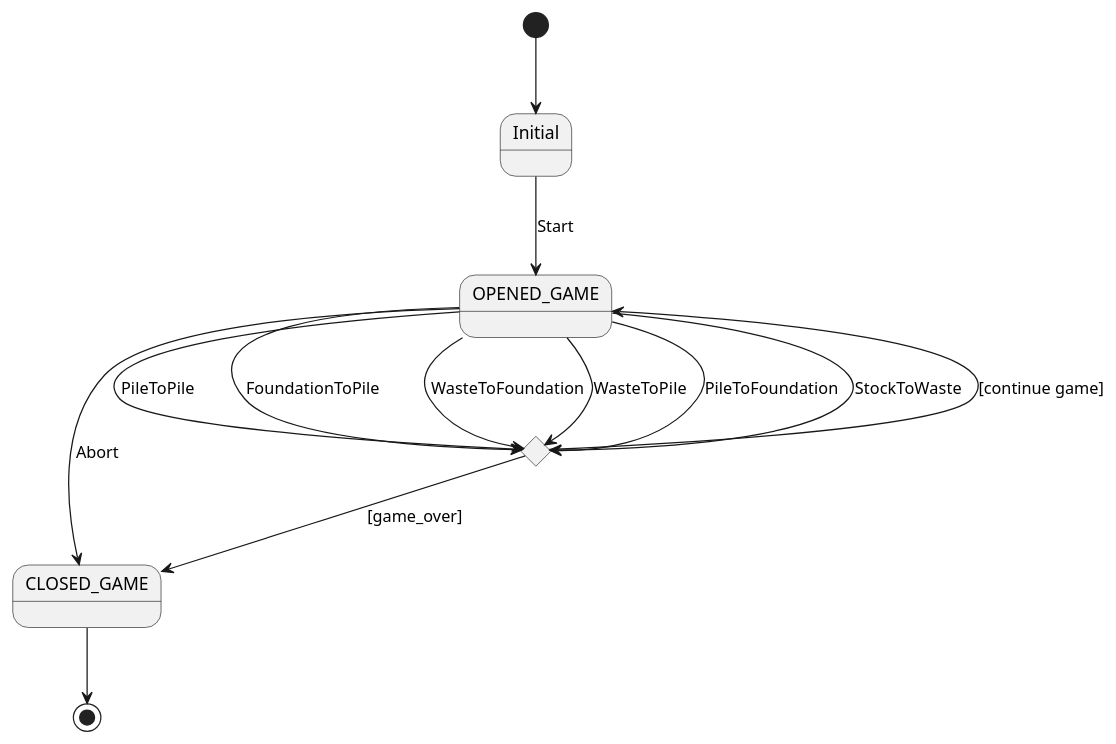
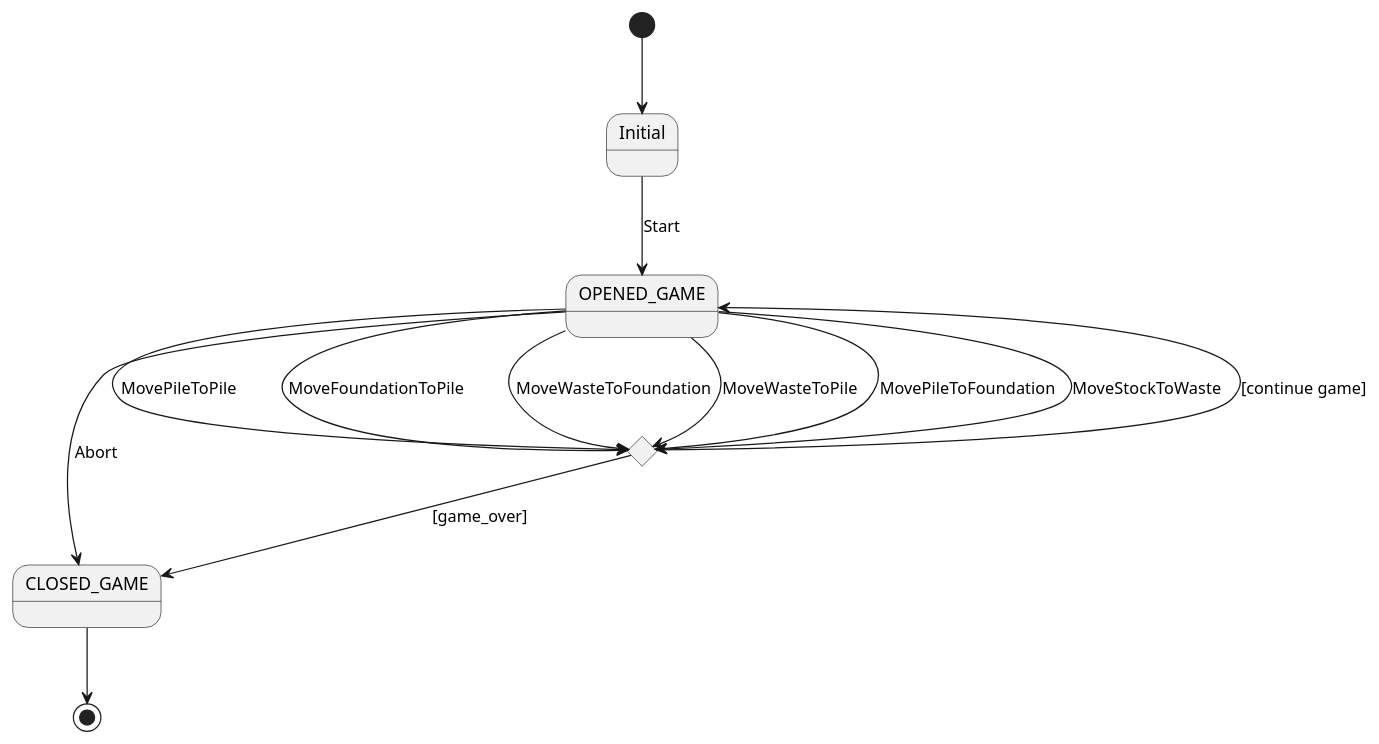
One commit to ciscoruiz/klondike changed the diagram in useCaseView/state-diagram.puml. Above: the diagram before and after it, drawn with PlantUML. The commit also changed 8 other files, not shown here.

```diff
--- a/useCaseView/state-diagram.puml
+++ b/useCaseView/state-diagram.puml
@@ -1,19 +1,19 @@
 @startuml
 [*] --> Initial
 
 state game_over <<choice>>
 
 Initial --> OPENED_GAME : Start
 OPENED_GAME -> CLOSED_GAME : Abort
-OPENED_GAME -> game_over : PileToPile
-OPENED_GAME -> game_over : FoundationToPile
-OPENED_GAME -> game_over : WasteToFoundation
-OPENED_GAME -> game_over : WasteToPile
-OPENED_GAME -> game_over : PileToFoundation
-OPENED_GAME -> game_over : StockToWaste
+OPENED_GAME -> game_over : MovePileToPile
+OPENED_GAME -> game_over : MoveFoundationToPile
+OPENED_GAME -> game_over : MoveWasteToFoundation
+OPENED_GAME -> game_over : MoveWasteToPile
+OPENED_GAME -> game_over : MovePileToFoundation
+OPENED_GAME -> game_over : MoveStockToWaste
 
 game_over --> CLOSED_GAME : [game_over]
 game_over --> OPENED_GAME : [continue game]
 
 CLOSED_GAME --> [*]
 @enduml
```
